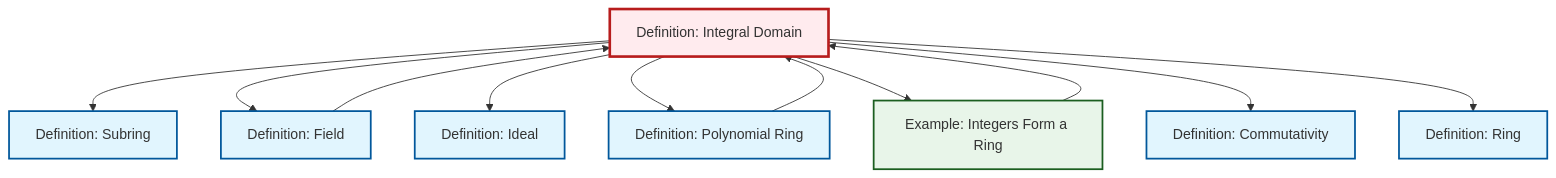
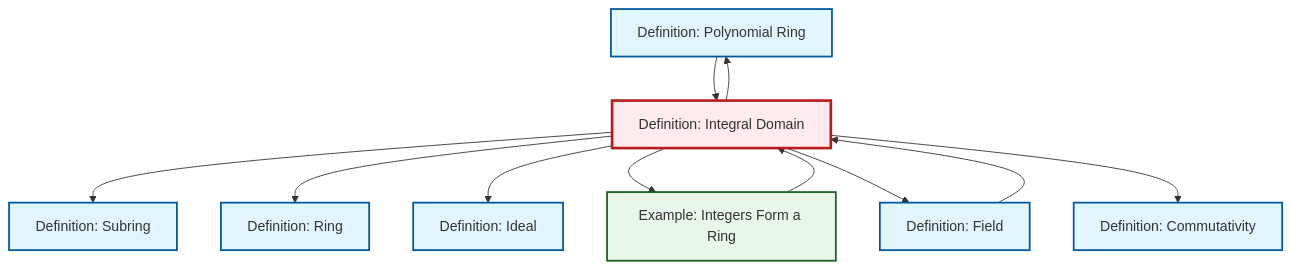
One commit to RK0429/ModernMath changed the diagram in content/en/algebra/def-integral-domain.qmd. Above: the diagram before and after it, drawn with Mermaid. The commit also changed other lines of this file and 634 other files, not shown here.

````diff
--- a/content/en/algebra/def-integral-domain.qmd
+++ b/content/en/algebra/def-integral-domain.qmd
@@ -93,35 +93,35 @@
 ```{mermaid}
 %%| fig-cap: "Local dependency graph"
 graph TD
     classDef definition fill:#e1f5fe,stroke:#01579b,stroke-width:2px
     classDef theorem fill:#f3e5f5,stroke:#4a148c,stroke-width:2px
     classDef axiom fill:#fff3e0,stroke:#e65100,stroke-width:2px
     classDef example fill:#e8f5e9,stroke:#1b5e20,stroke-width:2px
     classDef current fill:#ffebee,stroke:#b71c1c,stroke-width:3px
+    def-polynomial-ring["Definition: Polynomial Ring"]:::definition
+    def-ring["Definition: Ring"]:::definition
     def-integral-domain["Definition: Integral Domain"]:::definition
+    def-subring["Definition: Subring"]:::definition
+    def-field["Definition: Field"]:::definition
     def-commutativity["Definition: Commutativity"]:::definition
+    ex-integers-ring["Example: Integers Form a Ring"]:::example
     def-ideal["Definition: Ideal"]:::definition
-    ex-integers-ring["Example: Integers Form a Ring"]:::example
-    def-subring["Definition: Subring"]:::definition
-    def-polynomial-ring["Definition: Polynomial Ring"]:::definition
-    def-field["Definition: Field"]:::definition
-    def-ring["Definition: Ring"]:::definition
     def-integral-domain --> def-subring
-    def-integral-domain --> def-field
+    ex-integers-ring --> def-integral-domain
+    def-integral-domain --> def-ring
     def-integral-domain --> def-ideal
     def-field --> def-integral-domain
+    def-integral-domain --> ex-integers-ring
+    def-integral-domain --> def-field
     def-polynomial-ring --> def-integral-domain
+    def-integral-domain --> def-commutativity
     def-integral-domain --> def-polynomial-ring
-    ex-integers-ring --> def-integral-domain
-    def-integral-domain --> ex-integers-ring
-    def-integral-domain --> def-commutativity
-    def-integral-domain --> def-ring
     class def-integral-domain current
+    click def-polynomial-ring "def-polynomial-ring.html" "Go to Polynomial Ring definition"
+    click def-ring "def-ring.html" "Go to Ring definition"
+    click def-subring "def-subring.html" "Go to Subring definition"
+    click def-field "def-field.html" "Go to Field definition"
     click def-commutativity "def-commutativity.html" "Go to Commutativity definition"
+    click ex-integers-ring "ex-integers-ring.html" "Go to Integers Form a Ring example"
     click def-ideal "def-ideal.html" "Go to Ideal definition"
-    click ex-integers-ring "ex-integers-ring.html" "Go to Integers Form a Ring example"
-    click def-subring "def-subring.html" "Go to Subring definition"
-    click def-polynomial-ring "def-polynomial-ring.html" "Go to Polynomial Ring definition"
-    click def-field "def-field.html" "Go to Field definition"
-    click def-ring "def-ring.html" "Go to Ring definition"
 ```
````
